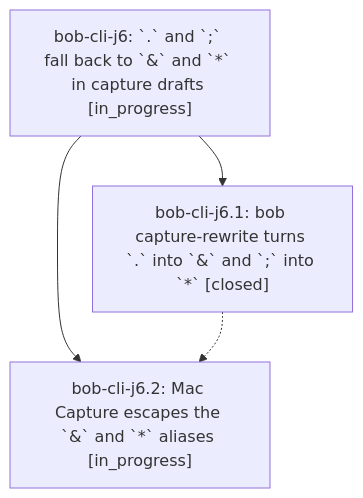
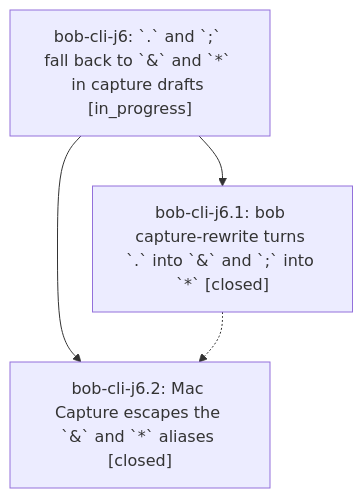
One commit to bobs-org/bob-cli--beads changed the diagram in pages/bob-cli-j6/README.md. Above: the diagram before and after it, drawn with Mermaid. The commit also changed other lines of this file and 2 other files, not shown here.

First line of the commit message:
chore(beads): sync bead state and pages for bob-cli-j6

````diff
--- a/pages/bob-cli-j6/README.md
+++ b/pages/bob-cli-j6/README.md
@@ -37,9 +37,9 @@
 ```mermaid
 flowchart TD
     n0["bob-cli-j6: `.` and `;` fall back to `&` and `*` in capture drafts [in_progress]"]
     n1["bob-cli-j6.1: bob capture-rewrite turns `.` into `&` and `;` into `*` [closed]"]
-    n2["bob-cli-j6.2: Mac Capture escapes the `&` and `*` aliases [in_progress]"]
+    n2["bob-cli-j6.2: Mac Capture escapes the `&` and `*` aliases [closed]"]
     n0 --> n1
     n0 --> n2
     n1 -.-> n2
 ```
````
